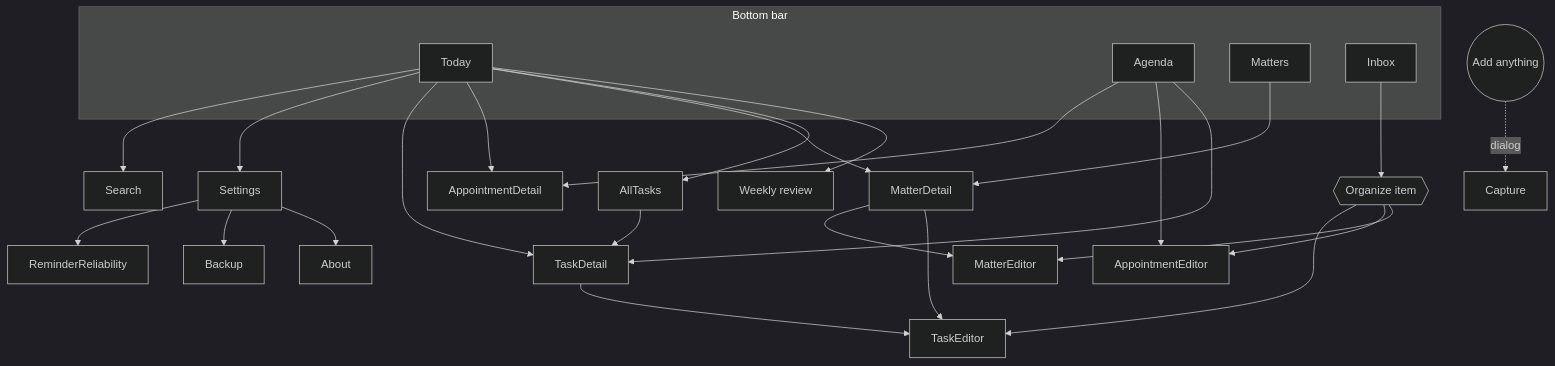
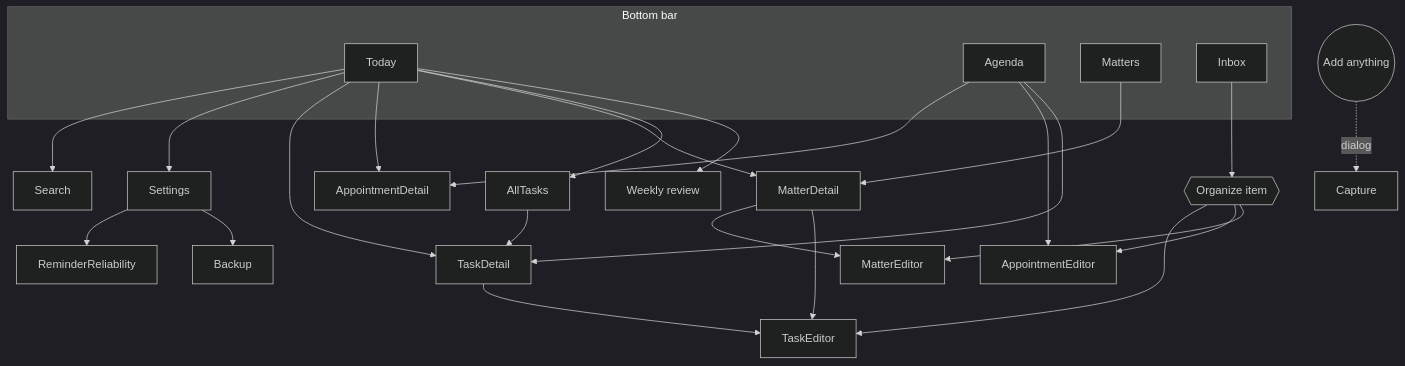
Before and after one commit to AlexandreZanata/Prumio: the diagram in docs/product/screens.md, drawn with Mermaid (dark theme). The commit also changed 302 other files, not shown here.

````diff
--- a/docs/product/screens.md
+++ b/docs/product/screens.md
@@ -10,20 +10,20 @@
 ```mermaid
 flowchart TB
     subgraph Tabs[Bottom bar]
         Today
         Agenda
         Matters
         Inbox
     end
     Add((Add anything)) -.dialog.-> Capture
     Today --> Search & Settings
     Today --> TaskDetail & AppointmentDetail & MatterDetail & AllTasks
     Agenda --> AppointmentDetail & AppointmentEditor & TaskDetail
     Matters --> MatterDetail --> MatterEditor
     MatterDetail --> TaskEditor
     Inbox --> Organize{{Organize item}} --> TaskEditor & AppointmentEditor & MatterEditor
     TaskDetail --> TaskEditor
     AllTasks --> TaskDetail
-    Settings --> ReminderReliability & Backup & About
+    Settings --> ReminderReliability & Backup
     Today --> Review[Weekly review]
 ```
````
